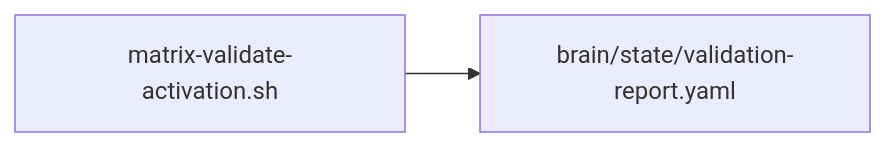
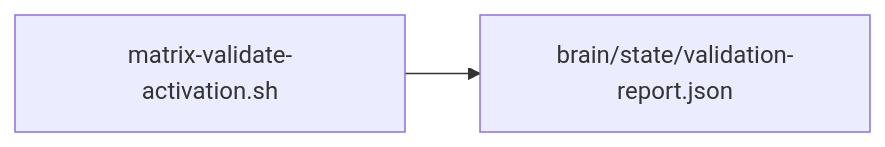
Diagram 23 of 25 in analysis/execution_flow.md (elbarril/matrix), drawn with Mermaid before and after one commit. The commit also changed other lines of this file and 12 other files, not shown here.

````diff
--- a/analysis/execution_flow.md
+++ b/analysis/execution_flow.md
@@ -826,4 +832,4 @@
 ```mermaid
 graph LR
-    A[matrix-validate-activation.sh] --> B[brain/state/validation-report.yaml]
+    A[matrix-validate-activation.sh] --> B[brain/state/validation-report.json]
 ```
````
